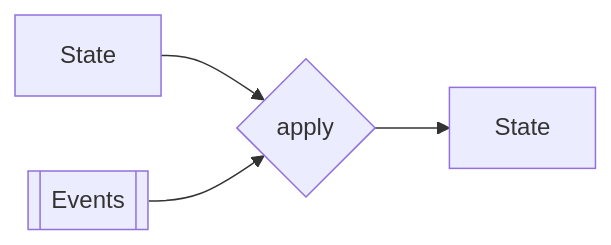
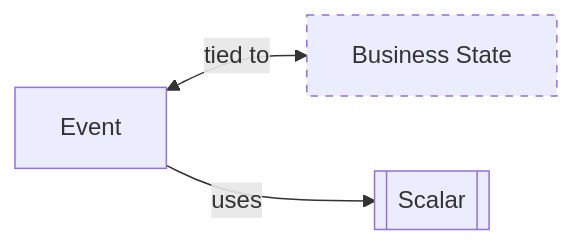
One commit to forgen-org/website changed the diagram in pages/en/learn/domain/events.mdx. Above: the diagram before and after it, drawn with Mermaid. The commit also changed other lines of this file and 44 other files, not shown here.

````diff
--- a/pages/en/learn/domain/events.mdx
+++ b/pages/en/learn/domain/events.mdx
@@ -5,11 +5,7 @@
 ```mermaid
-flowchart LR
-  State
-  Events[[Events]]
-  NewState[State]
-  Apply{apply}
+graph LR
+    Event <-- tied to --> Business[Business State]
+    Event -- uses --> Scalar[[Scalar]]
 
-  State --> Apply
-  Events --> Apply
-  Apply --> NewState
+    style Business stroke-dasharray: 5 5
 ```
````
